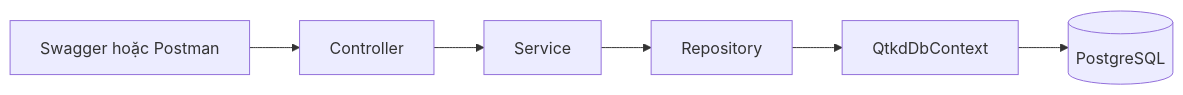
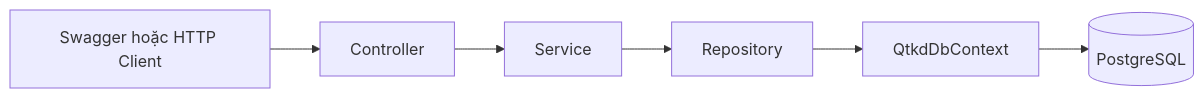
One commit to Caubeamap/qtkd-api changed the first of 2 diagrams in docs/architecture.md. Above: the diagram before and after it, drawn with Mermaid. The commit also changed other lines of this file and 3 other files, not shown here.

````diff
--- a/docs/architecture.md
+++ b/docs/architecture.md
@@ -46,8 +23,8 @@
 ```mermaid
 flowchart LR
-    Client[Swagger hoặc Postman] --> Controller[Controller]
+    Client[Swagger hoặc HTTP Client] --> Controller[Controller]
     Controller --> Service[Service]
     Service --> Repository[Repository]
     Repository --> DbContext[QtkdDbContext]
     DbContext --> PostgreSQL[(PostgreSQL)]
 ```
````
